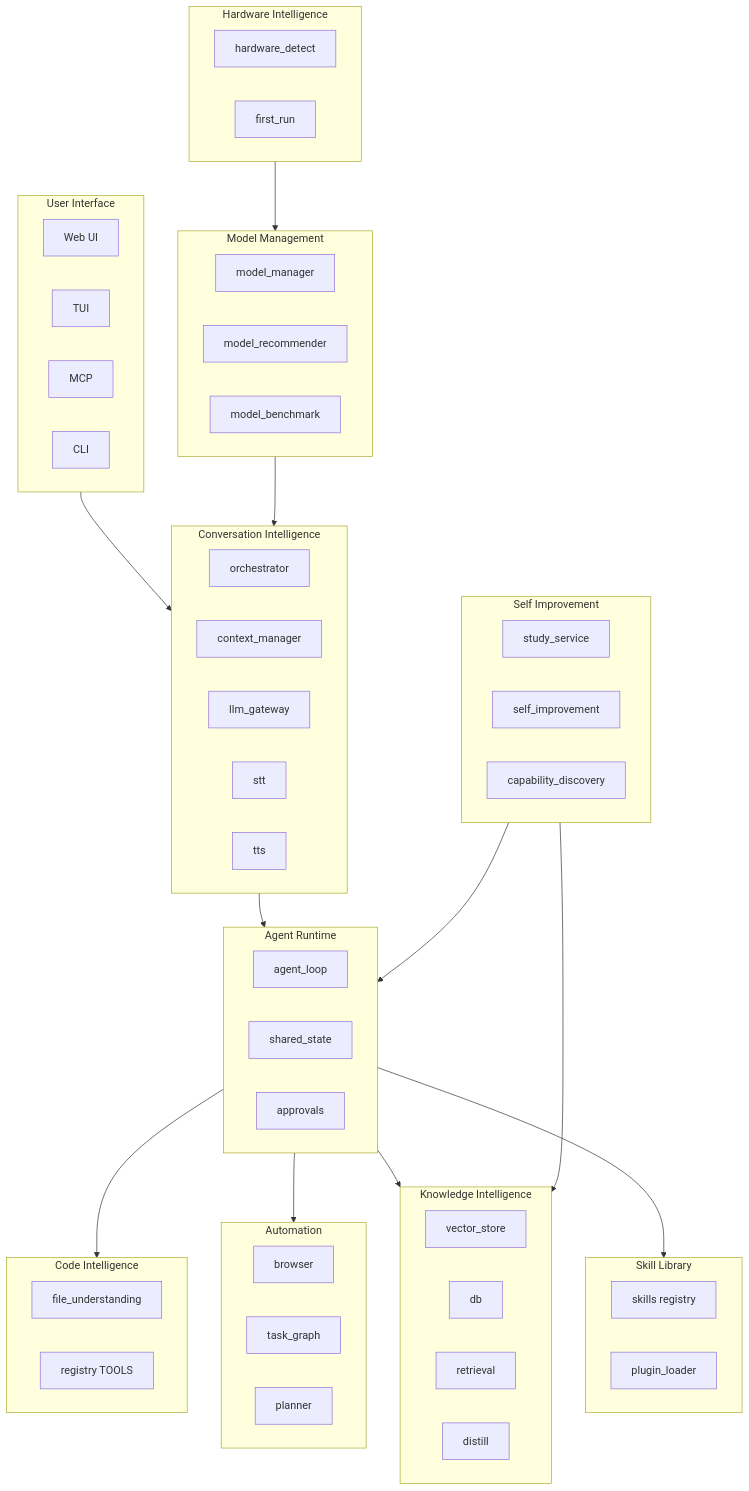
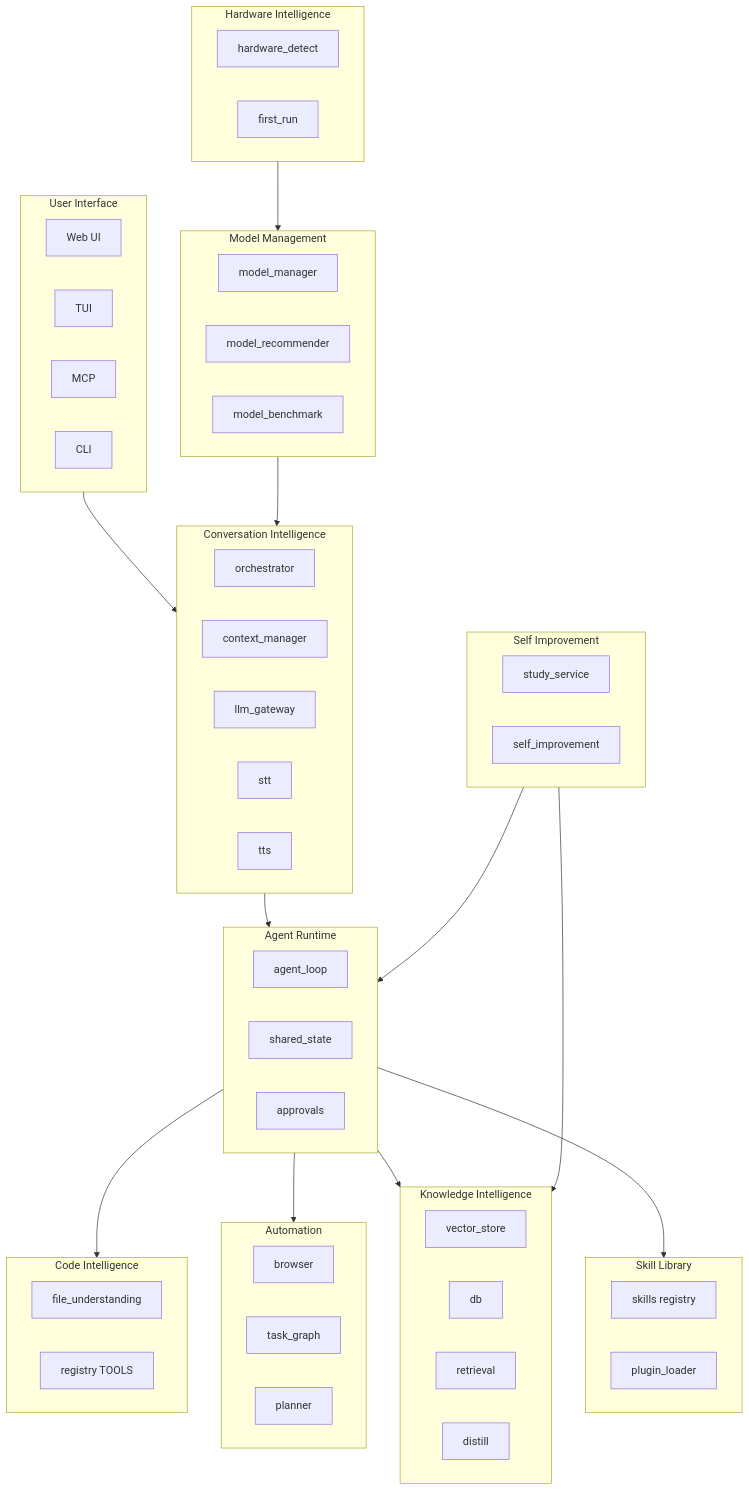
Before and after one commit to PapaKoftes/Layla: the diagram in docs/LAYLA_PREBUILT_PLATFORM.md, drawn with Mermaid. The commit also changed other lines of this file and 1 other file, not shown here.

First line of the commit message:
docs: drop capability_discovery references after deleting the dead module

````diff
--- a/docs/LAYLA_PREBUILT_PLATFORM.md
+++ b/docs/LAYLA_PREBUILT_PLATFORM.md
@@ -280,74 +279,73 @@
 ```mermaid
 flowchart TB
     subgraph UI [User Interface]
         WebUI[Web UI]
         TUI[TUI]
         MCP[MCP]
         CLI[CLI]
     end
 
     subgraph Conv [Conversation Intelligence]
         Orch[orchestrator]
         CtxMgr[context_manager]
         LLM[llm_gateway]
         STT[stt]
         TTS[tts]
     end
 
     subgraph Know [Knowledge Intelligence]
         VecStore[vector_store]
         DB[db]
         Retrieval[retrieval]
         Distill[distill]
     end
 
     subgraph Code [Code Intelligence]
         FileUnd[file_understanding]
         Tools[registry TOOLS]
     end
 
     subgraph Auto [Automation]
         Browser[browser]
         TaskGraph[task_graph]
         Planner[planner]
     end
 
     subgraph Model [Model Management]
         ModelMgr[model_manager]
         ModelRec[model_recommender]
         ModelBench[model_benchmark]
     end
 
     subgraph Agent [Agent Runtime]
         AgentLoop[agent_loop]
         SharedState[shared_state]
         Approvals[approvals]
     end
 
     subgraph Skills [Skill Library]
         SkillsReg[skills registry]
         PluginLoad[plugin_loader]
     end
 
     subgraph HW [Hardware Intelligence]
         HWDetect[hardware_detect]
         FirstRun[first_run]
     end
 
     subgraph Self [Self Improvement]
         StudySvc[study_service]
         SelfImp[self_improvement]
-        CapDisc[capability_discovery]
     end
 
     UI --> Conv
     Conv --> Agent
     Agent --> Code
     Agent --> Auto
     Agent --> Know
     Agent --> Skills
     Model --> Conv
     HW --> Model
     Self --> Know
     Self --> Agent
 ```
````
